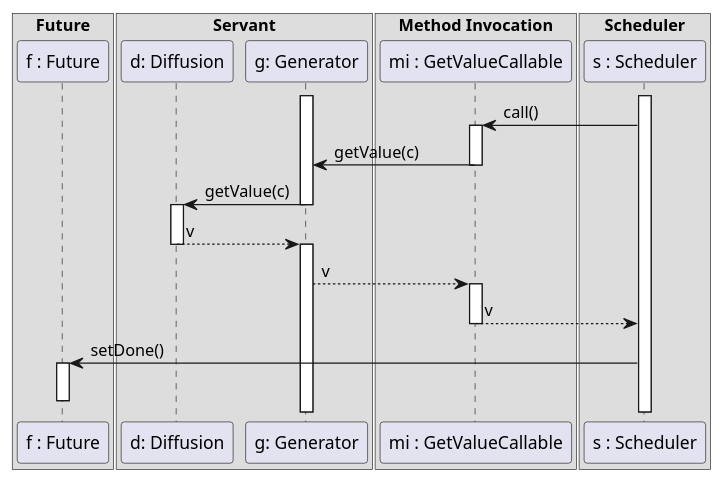
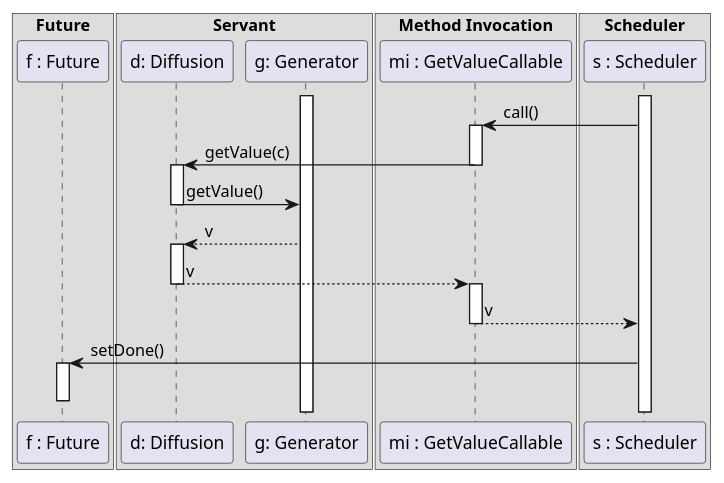
Before and after one commit to ISTIC-M2-ILa-GM/aodp: the diagram in spec/getValueAsync2.puml, drawn with PlantUML. The commit also changed 23 other files, not shown here.

```diff
--- a/spec/getValueAsync2.puml
+++ b/spec/getValueAsync2.puml
@@ -1,34 +1,34 @@
 @startuml
 box "Future"
     participant "f : Future" as f
 end box
 box "Servant"
     participant "d: Diffusion" as d
     participant "g: Generator" as g
 end box
 box "Method Invocation"
     participant "mi : GetValueCallable" as mi
 end box
 box "Scheduler"
     participant "s : Scheduler" as s
 end box
 activate g
 activate s
 s -> mi: call()
 activate mi
-mi -> g: getValue(c)
+mi -> d: getValue(c)
 deactivate mi
-g -> d: getValue(c)
-deactivate g
 activate d
-d --> g: v
+d -> g: getValue()
 deactivate d
-activate g
-g --> mi: v
+g --> d: v
+activate d
+d --> mi: v
+deactivate d
 activate mi
 mi --> s: v
 deactivate mi
 s -> f: setDone()
 activate f
 deactivate f
 @enduml
```
